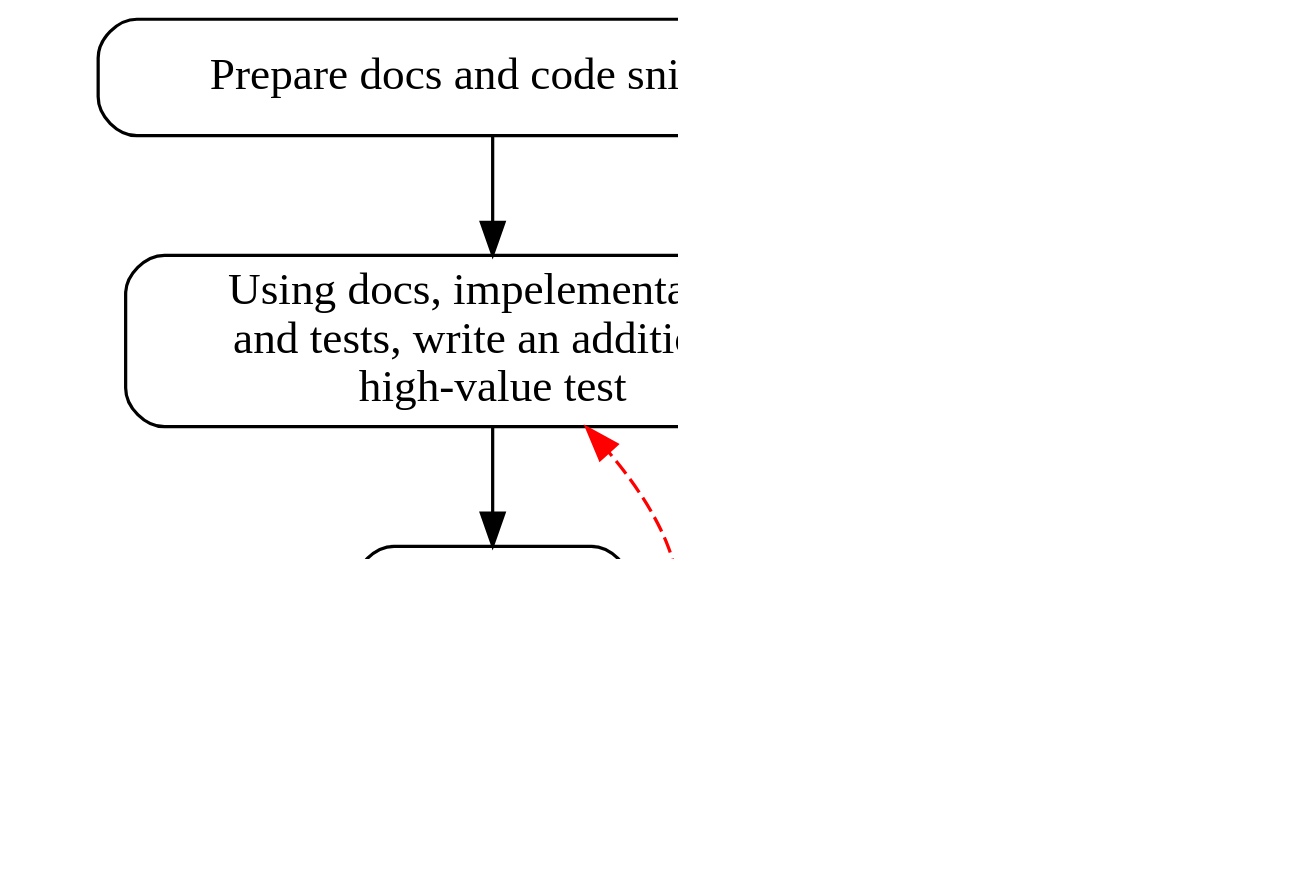
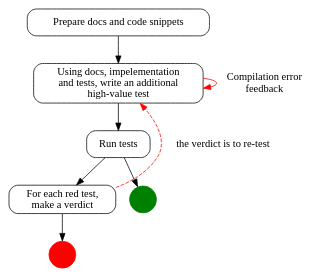
One commit to inponomarev/landing changed the diagram in modules/blog/pages/custodian-and-commons.adoc. Above: the diagram before and after it, drawn with Graphviz.

Commit message:
remove dpi

```diff
--- a/modules/blog/pages/custodian-and-commons.adoc
+++ b/modules/blog/pages/custodian-and-commons.adoc
@@ -84,21 +84,20 @@
 [graphviz,svg]
 ----
 digraph G {
   rankdir=TB;
-  dpi=150;
   node[shape=rectangle,style=rounded];
   N1[label="Prepare docs and code snippets"];
   N2[label="Using docs, impelementation\nand tests, write an additional\nhigh-value test"]
   N1->N2;
   N2->N2[label="Compilation error\nfeedback",color=red];
   N3[label="Run tests"];
   N4[label="For each red test,\nmake a verdict"];
   N2->N3;
   N3->N4;
   N4->N2[color=red,constraint=false,style=dashed,label="the verdict is to re-test"];
   Green[shape=circle,style=filled,color=green,label=""];
   N3->Green;
   Red[shape=circle,style=filled,color=red,label=""];
   N4->Red;
 }
 ----
```
